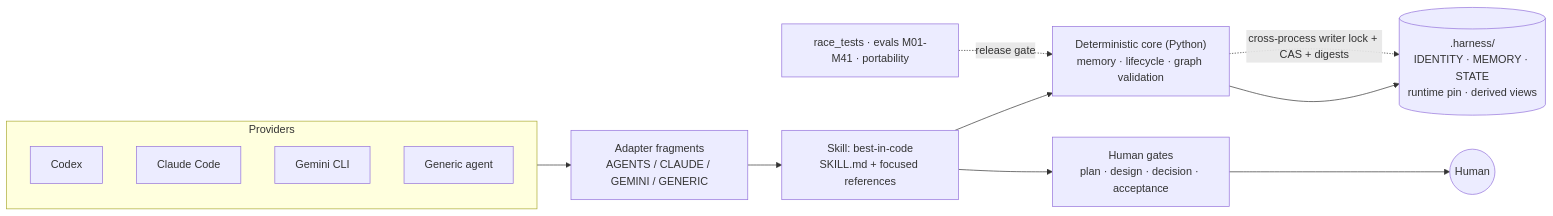
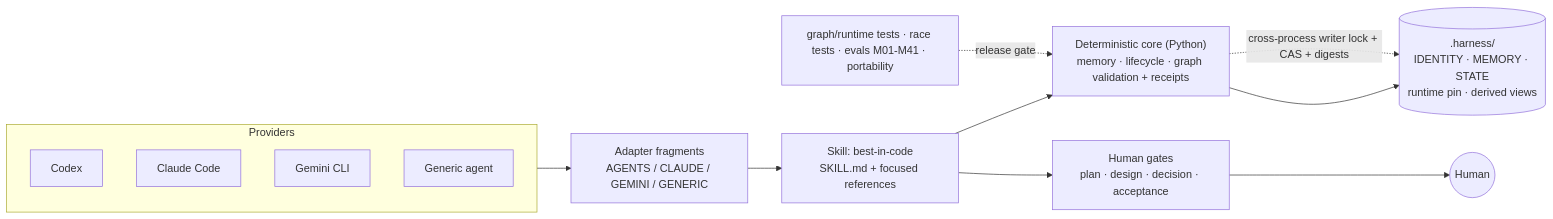
One commit to kingggg5/harness changed the diagram in README.md. Above: the diagram before and after it, drawn with Mermaid. The commit also changed other lines of this file and 25 other files, not shown here.

Commit message:
feat: add durable graph execution receipts

````diff
--- a/README.md
+++ b/README.md
@@ -153,17 +164,17 @@
 ```mermaid
 graph LR
 	subgraph Providers
 		CX[Codex]
 		CC[Claude Code]
 		GEM[Gemini CLI]
 		GEN[Generic agent]
 	end
 	Providers --> AD[Adapter fragments<br/>AGENTS / CLAUDE / GEMINI / GENERIC]
 	AD --> SKILL["Skill: best-in-code<br/>SKILL.md + focused references"]
-	SKILL --> OPS["Deterministic core (Python)<br/>memory · lifecycle · graph validation"]
+	SKILL --> OPS["Deterministic core (Python)<br/>memory · lifecycle · graph validation + receipts"]
 	OPS --> STORE[(".harness/<br/>IDENTITY · MEMORY · STATE<br/>runtime pin · derived views")]
 	OPS -. cross-process writer lock + CAS + digests .-> STORE
 	SKILL --> GATES[Human gates<br/>plan · design · decision · acceptance]
 	GATES --> HUMAN((Human))
-	QA2[race_tests · evals M01-M41 · portability] -. release gate .-> OPS
+	QA2[graph/runtime tests · race tests · evals M01-M41 · portability] -. release gate .-> OPS
 ```
````
